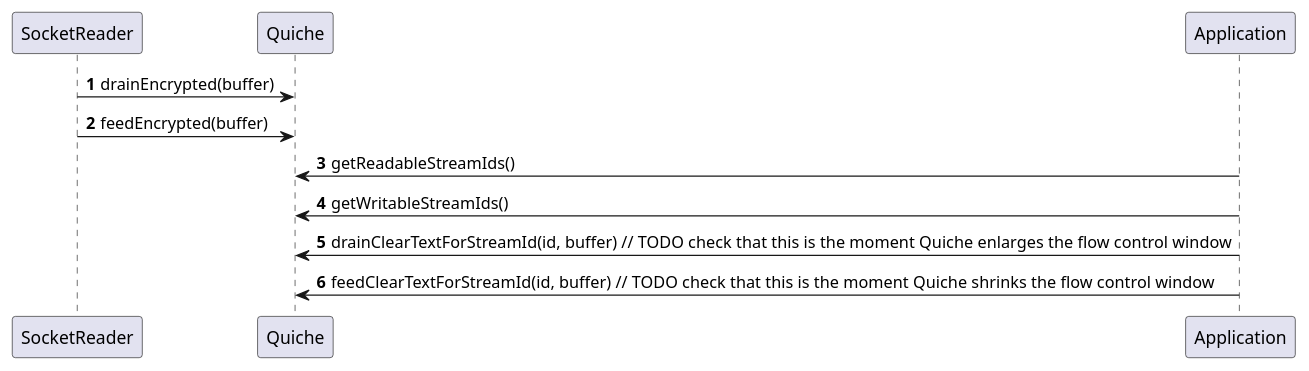
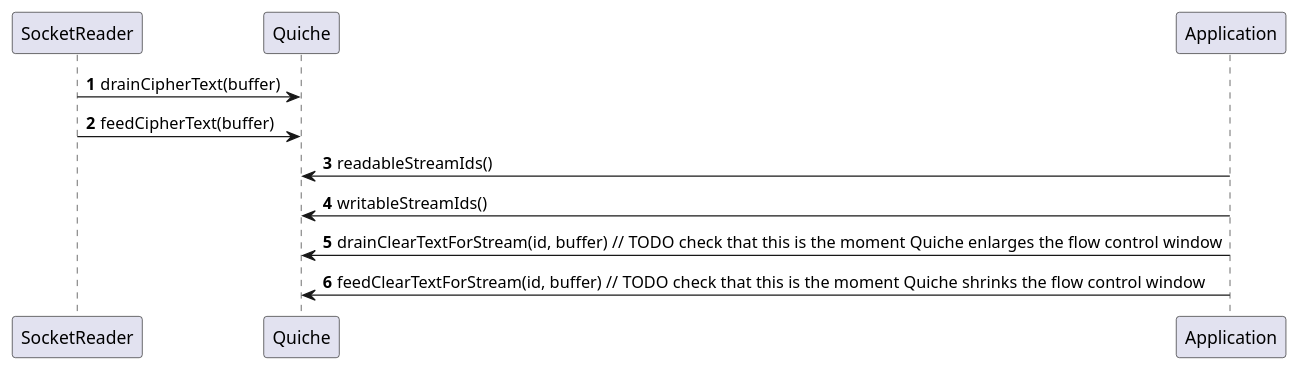
Before and after one commit to tet-lenovo/jetty.project: the diagram in jetty-http3/http3-common/src/main/java/org/eclipse/jetty/http3/common/quiche.puml, drawn with PlantUML. The commit also changed 7 other files, not shown here.

Commit message:
align naming in UML and impl

```diff
--- a/jetty-http3/http3-common/src/main/java/org/eclipse/jetty/http3/common/quiche.puml
+++ b/jetty-http3/http3-common/src/main/java/org/eclipse/jetty/http3/common/quiche.puml
@@ -1,14 +1,13 @@
 @startuml
-'https://plantuml.com/sequence-diagram
 
 autonumber
 
-SocketReader -> Quiche: drainEncrypted(buffer)
-SocketReader -> Quiche: feedEncrypted(buffer)
+SocketReader -> Quiche: drainCipherText(buffer)
+SocketReader -> Quiche: feedCipherText(buffer)
 
-Application -> Quiche: getReadableStreamIds()
-Application -> Quiche: getWritableStreamIds()
-Application -> Quiche: drainClearTextForStreamId(id, buffer) // TODO check that this is the moment Quiche enlarges the flow control window
-Application -> Quiche: feedClearTextForStreamId(id, buffer) // TODO check that this is the moment Quiche shrinks the flow control window
+Application -> Quiche: readableStreamIds()
+Application -> Quiche: writableStreamIds()
+Application -> Quiche: drainClearTextForStream(id, buffer) // TODO check that this is the moment Quiche enlarges the flow control window
+Application -> Quiche: feedClearTextForStream(id, buffer) // TODO check that this is the moment Quiche shrinks the flow control window
 
 @enduml
```
